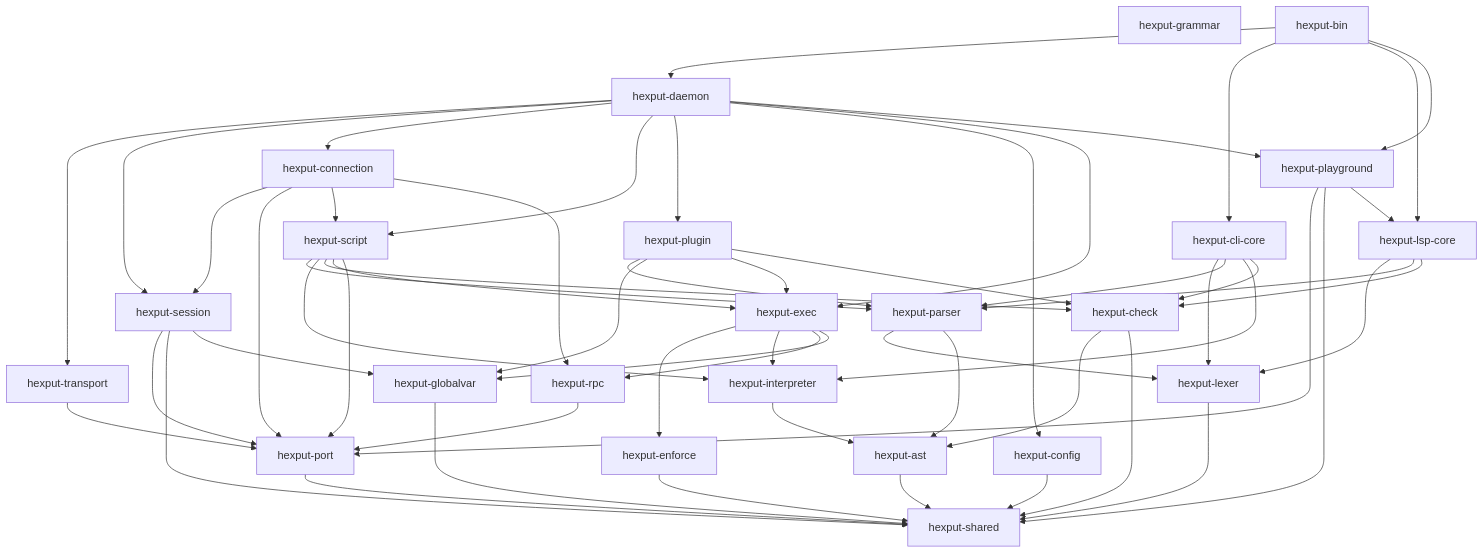
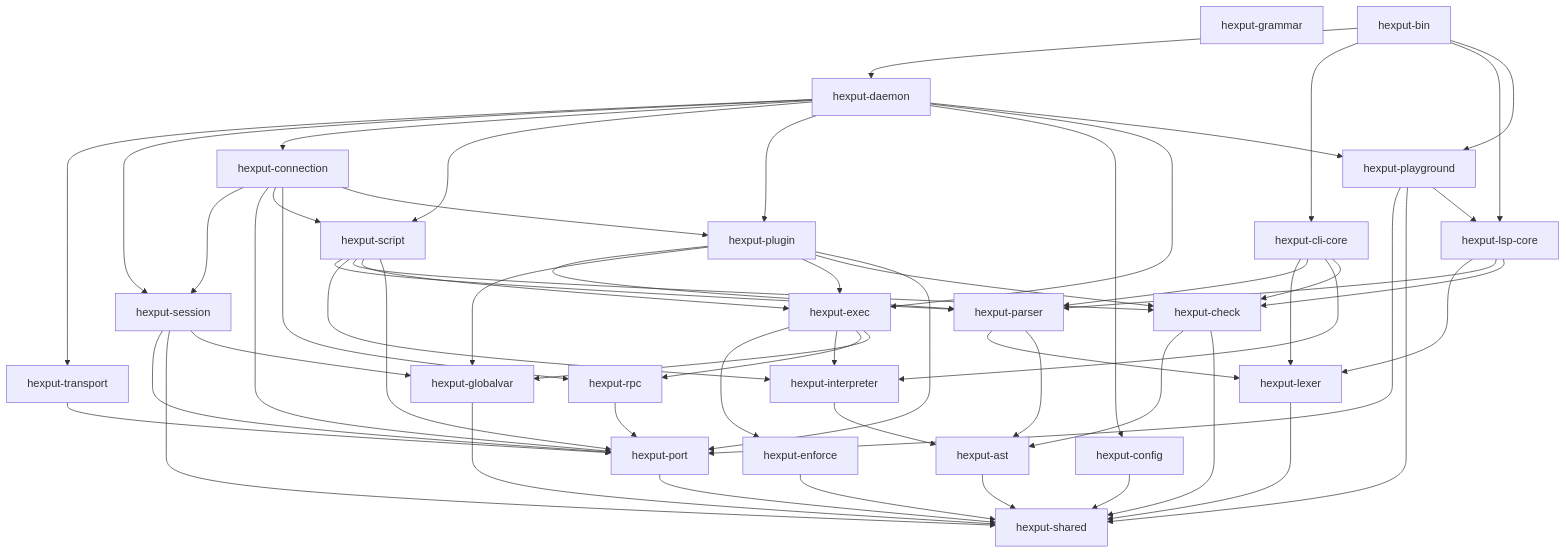
The second of 3 diagrams in _bmad-output/planning-artifacts/architecture/architecture-hexput-2026-09-18/ARCHITECTURE-SPINE.md (hexput/hexput), drawn with Mermaid before and after one commit. The commit also changed other lines of this file and 25 other files, not shown here.

````diff
--- a/_bmad-output/planning-artifacts/architecture/architecture-hexput-2026-09-18/ARCHITECTURE-SPINE.md
+++ b/_bmad-output/planning-artifacts/architecture/architecture-hexput-2026-09-18/ARCHITECTURE-SPINE.md
@@ -229,65 +229,67 @@
 ```mermaid
 graph TD
   shared[hexput-shared]
 
   ast[hexput-ast] --> shared
   lexer[hexput-lexer] --> shared
   parser[hexput-parser] --> lexer
   parser --> ast
   interp[hexput-interpreter] --> ast
   check[hexput-check] --> ast
   check --> shared
   clicore[hexput-cli-core] --> lexer
   clicore --> parser
   clicore --> interp
   clicore --> check
 
   transport[hexput-transport] --> port[hexput-port]
   port --> shared
   session[hexput-session] --> port
   session --> shared
   conn[hexput-connection] --> session
   conn --> port
   conn --> script
   conn --> rpc
   session --> globalvar
   script[hexput-script] --> parser
   script --> interp
   script --> check
   script --> exec[hexput-exec]
   script --> port
   plugin[hexput-plugin] --> parser
   plugin --> globalvar[hexput-globalvar]
   plugin --> exec
   plugin --> check
+  plugin --> port
+  conn --> plugin
   globalvar --> shared
   exec --> enforce[hexput-enforce]
   exec --> interp
   exec --> rpc[hexput-rpc]
   exec --> globalvar
   enforce --> shared
   rpc --> port
   config[hexput-config] --> shared
 
   daemon[hexput-daemon] --> transport
   daemon --> session
   daemon --> conn
   daemon --> script
   daemon --> plugin
   daemon --> config
   daemon --> exec
 
   grammar[hexput-grammar]
   lspcore[hexput-lsp-core] --> lexer
   lspcore --> parser
   lspcore --> check
 
   bin[hexput-bin] --> daemon
   bin --> clicore
   bin --> lspcore
   playground[hexput-playground] --> port
   playground --> shared
   playground --> lspcore
   daemon --> playground
   bin --> playground
 ```
````
